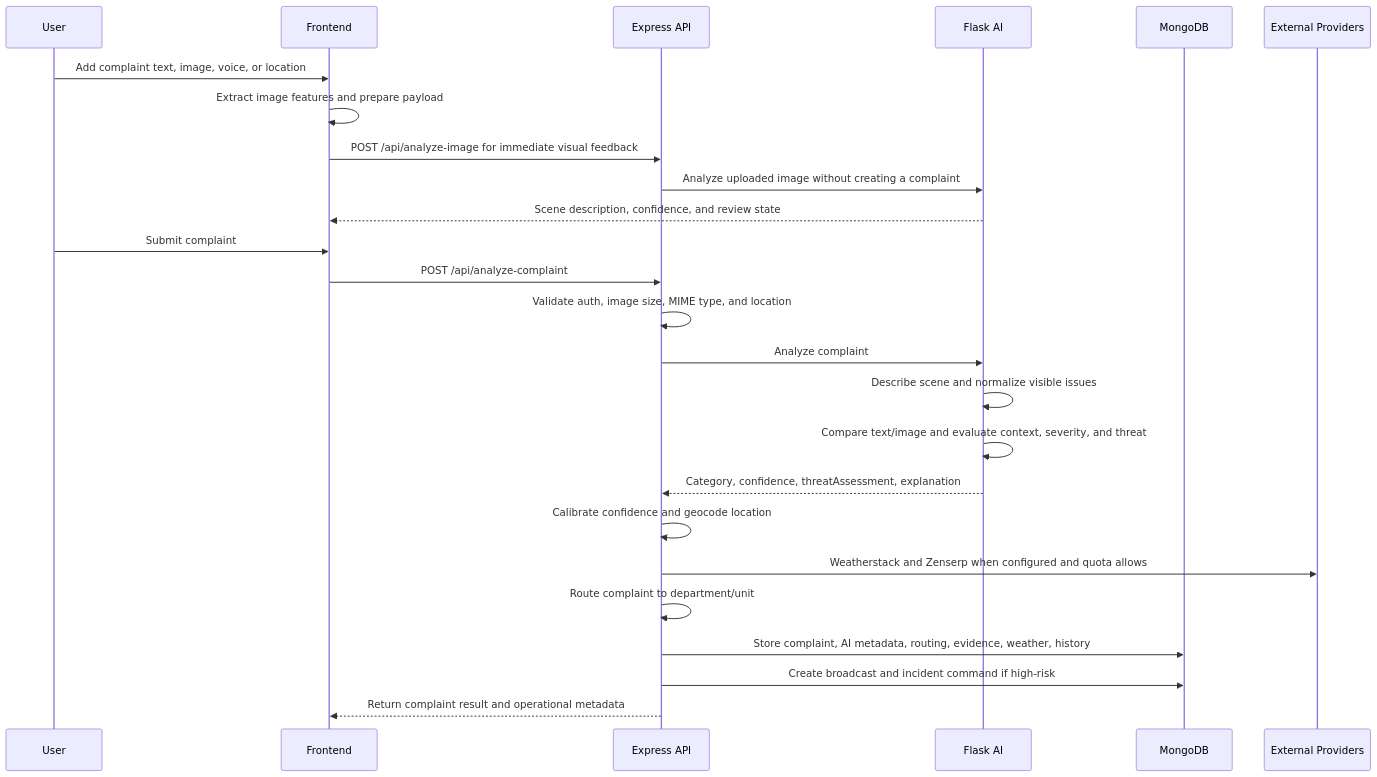
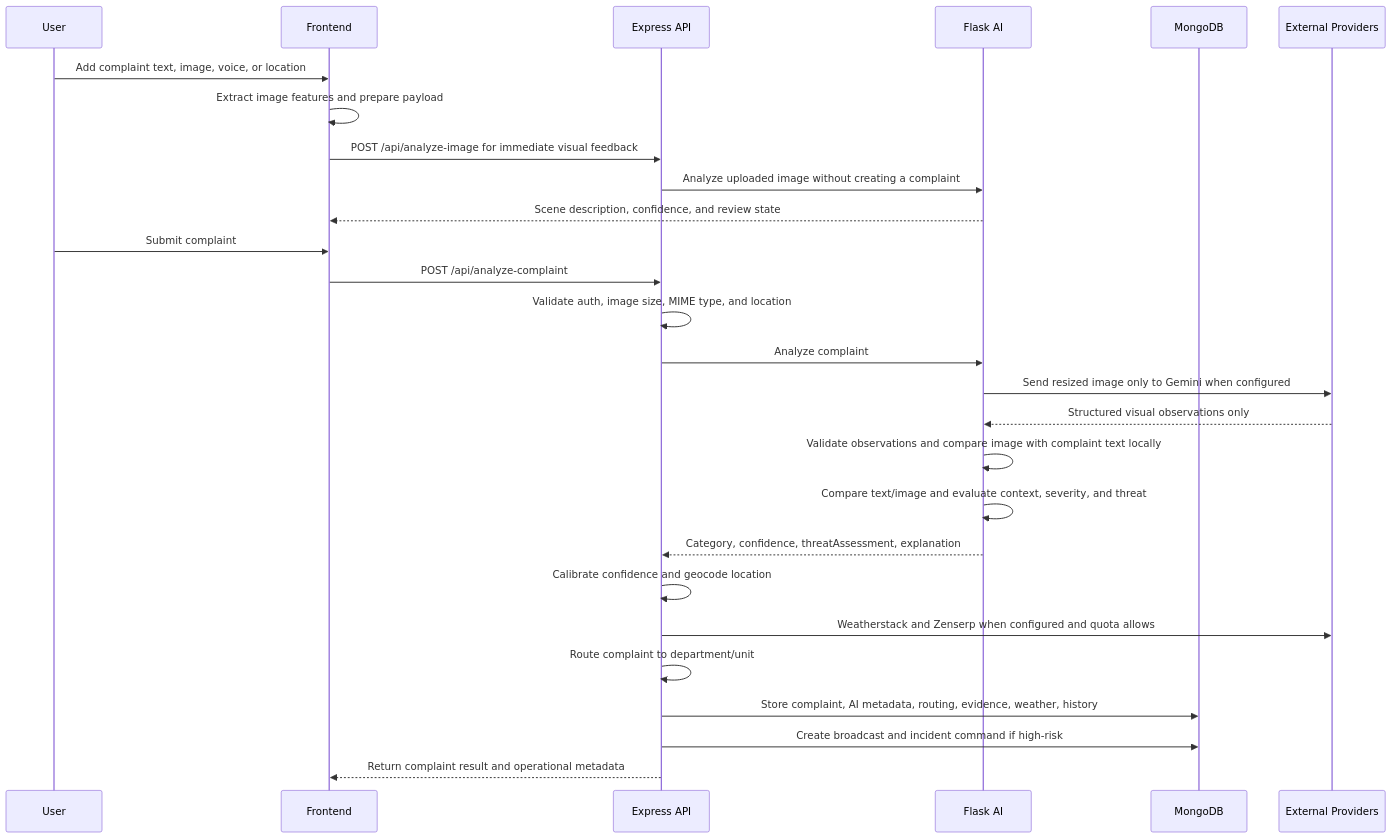
The second of 2 diagrams in README.md (Shreyas0047/Urban-Pulse-Ai), drawn with Mermaid before and after one commit. The commit also changed other lines of this file and 42 other files, not shown here.

````diff
--- a/README.md
+++ b/README.md
@@ -144,28 +147,30 @@
 ```mermaid
 sequenceDiagram
     participant U as User
     participant FE as Frontend
     participant API as Express API
     participant AI as Flask AI
     participant DB as MongoDB
     participant EXT as External Providers
 
     U->>FE: Add complaint text, image, voice, or location
     FE->>FE: Extract image features and prepare payload
     FE->>API: POST /api/analyze-image for immediate visual feedback
     API->>AI: Analyze uploaded image without creating a complaint
     AI-->>FE: Scene description, confidence, and review state
     U->>FE: Submit complaint
     FE->>API: POST /api/analyze-complaint
     API->>API: Validate auth, image size, MIME type, and location
     API->>AI: Analyze complaint
-    AI->>AI: Describe scene and normalize visible issues
+    AI->>EXT: Send resized image only to Gemini when configured
+    EXT-->>AI: Structured visual observations only
+    AI->>AI: Validate observations and compare image with complaint text locally
     AI->>AI: Compare text/image and evaluate context, severity, and threat
     AI-->>API: Category, confidence, threatAssessment, explanation
     API->>API: Calibrate confidence and geocode location
     API->>EXT: Weatherstack and Zenserp when configured and quota allows
     API->>API: Route complaint to department/unit
     API->>DB: Store complaint, AI metadata, routing, evidence, weather, history
     API->>DB: Create broadcast and incident command if high-risk
     API-->>FE: Return complaint result and operational metadata
 ```
````
